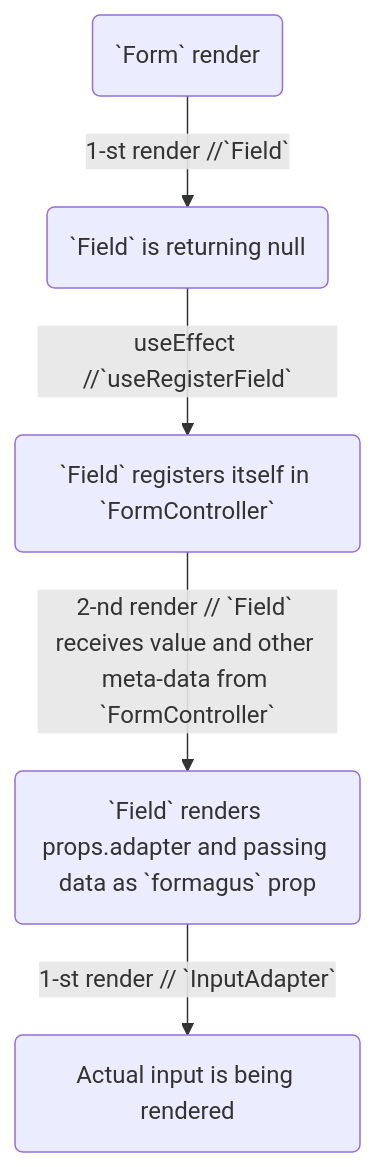
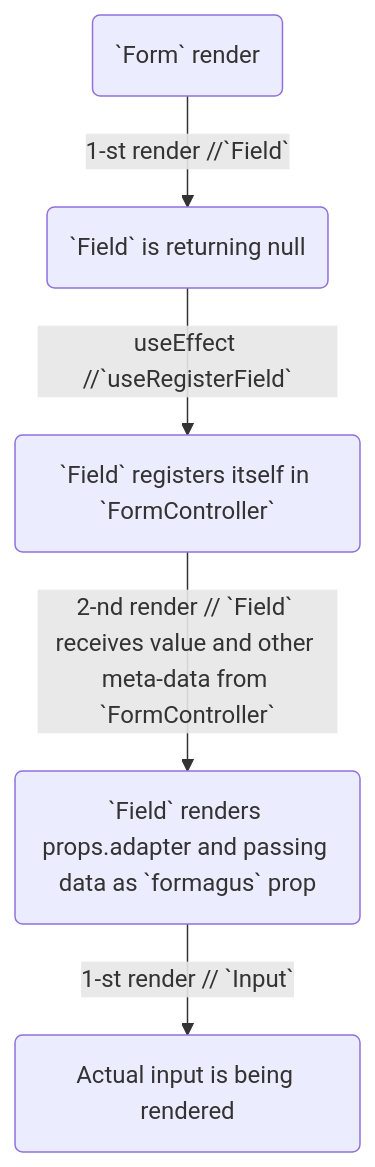
One commit to iaroslavshvets/formagus changed the diagram in packages/docs/docs/index.md. Above: the diagram before and after it, drawn with Mermaid. The commit also changed other lines of this file, not shown here.

````diff
--- a/packages/docs/docs/index.md
+++ b/packages/docs/docs/index.md
@@ -198,8 +200,8 @@
 ```mermaid
 graph TD
 A(`Form` render)
 A -->|1-st render //`Field` | B(`Field` is returning null)
 B -->|useEffect //`useRegisterField`| C(`Field` registers itself in `FormController`)
 C --> |2-nd render // `Field` receives value and other meta-data from `FormController`| D(`Field` renders props.adapter and passing data as `formagus` prop)
-D --> |1-st render // `InputAdapter` | E(Actual input is being rendered)
+D --> |1-st render // `Input` | E(Actual input is being rendered)
 ```
````
